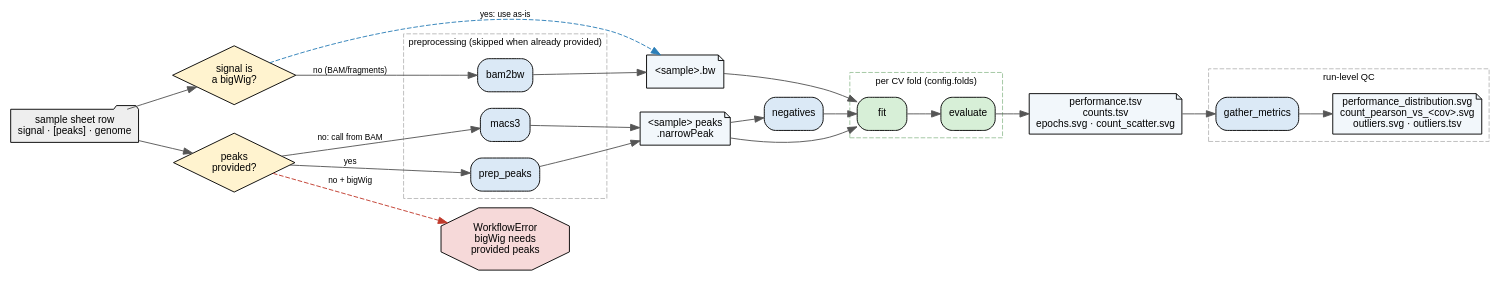
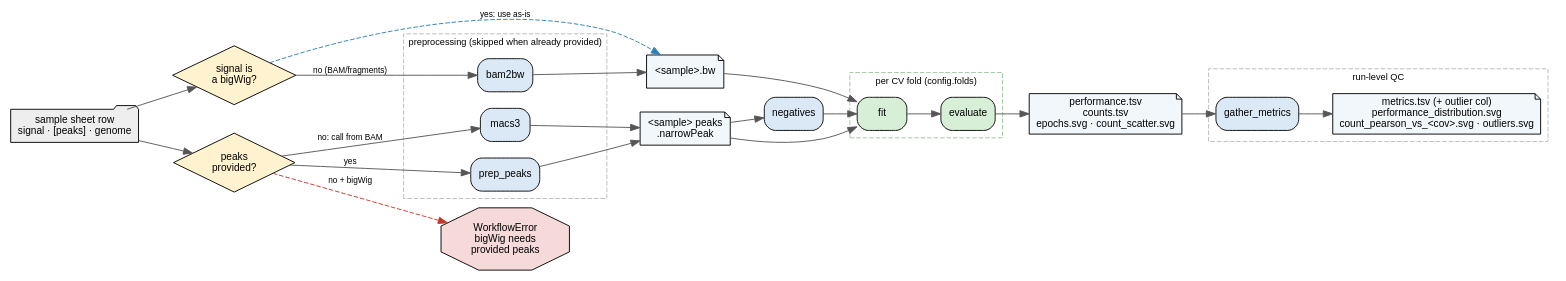
Before and after one commit to ramirc0/cherimoya-smk: the diagram in docs/run-paths.dot, drawn with Graphviz. The commit also changed 16 other files, not shown here.

```diff
--- a/docs/run-paths.dot
+++ b/docs/run-paths.dot
@@ -1,75 +1,75 @@
 // How a sample flows through the pipeline, given what its sample-sheet row
 // provides. Render: dot -Tsvg docs/run-paths.dot -o docs/run-paths.svg
 digraph run_paths {
     rankdir=LR;
     bgcolor="white";
     node [fontname="Arial", fontsize=11, margin="0.12,0.06"];
     edge [fontname="Arial", fontsize=9, color="#555555"];
 
     sheet [shape=folder, fillcolor="#eeeeee", style=filled,
            label="sample sheet row\nsignal · [peaks] · genome"];
 
     // --- input decisions ------------------------------------------------
     q_sig   [shape=diamond, style=filled, fillcolor="#fff3cf",
              label="signal is\na bigWig?"];
     q_peaks [shape=diamond, style=filled, fillcolor="#fff3cf",
              label="peaks\nprovided?"];
 
     // --- preprocessing (per sample, fold-agnostic) ----------------------
     subgraph cluster_pre {
         label="preprocessing (skipped when already provided)";
         fontname="Arial"; fontsize=10; color="#bbbbbb"; style=dashed;
         bam2bw [shape=box, style="filled,rounded", fillcolor="#dbe9f6", label="bam2bw"];
         macs3  [shape=box, style="filled,rounded", fillcolor="#dbe9f6", label="macs3"];
         prep   [shape=box, style="filled,rounded", fillcolor="#dbe9f6", label="prep_peaks"];
     }
 
     bw    [shape=note, fillcolor="#f2f7fb", style=filled, label="<sample>.bw"];
     peaks [shape=note, fillcolor="#f2f7fb", style=filled, label="<sample> peaks\n.narrowPeak"];
     err   [shape=octagon, style=filled, fillcolor="#f6d9d9",
            label="WorkflowError\nbigWig needs\nprovided peaks"];
 
     // --- shared core (per CV fold) --------------------------------------
     neg [shape=box, style="filled,rounded", fillcolor="#dbe9f6", label="negatives"];
     subgraph cluster_fold {
         label="per CV fold (config.folds)";
         fontname="Arial"; fontsize=10; color="#9ec59e"; style=dashed;
         fit  [shape=box, style="filled,rounded", fillcolor="#d7efd7", label="fit"];
         evaluate [shape=box, style="filled,rounded", fillcolor="#d7efd7", label="evaluate"];
     }
     perf [shape=note, fillcolor="#f2f7fb", style=filled,
           label="performance.tsv\ncounts.tsv\nepochs.svg · count_scatter.svg"];
 
     // --- run-level QC ---------------------------------------------------
     subgraph cluster_qc {
         label="run-level QC";
         fontname="Arial"; fontsize=10; color="#bbbbbb"; style=dashed;
         gather [shape=box, style="filled,rounded", fillcolor="#dbe9f6", label="gather_metrics"];
         qc [shape=note, fillcolor="#f2f7fb", style=filled,
-            label="performance_distribution.svg\ncount_pearson_vs_<cov>.svg\noutliers.svg · outliers.tsv"];
+            label="metrics.tsv (+ outlier col)\nperformance_distribution.svg\ncount_pearson_vs_<cov>.svg · outliers.svg"];
     }
 
     // signal branch
     sheet -> q_sig;
     q_sig -> bam2bw [label="no (BAM/fragments)"];
     bam2bw -> bw;
     q_sig -> bw [label="yes: use as-is", style=dashed, color="#2c7fb8"];
 
     // peaks branch
     sheet -> q_peaks;
     q_peaks -> prep  [label="yes"];
     prep -> peaks;
     q_peaks -> macs3 [label="no: call from BAM"];
     macs3 -> peaks;
     q_peaks -> err   [label="no + bigWig", style=dashed, color="#c0392b"];
 
     // convergence + core
     peaks -> neg;
     bw -> fit;
     peaks -> fit;
     neg -> fit;
     fit -> evaluate -> perf;
     perf -> gather -> qc;
 
     { rank=same; bw; peaks; }
 }
```
